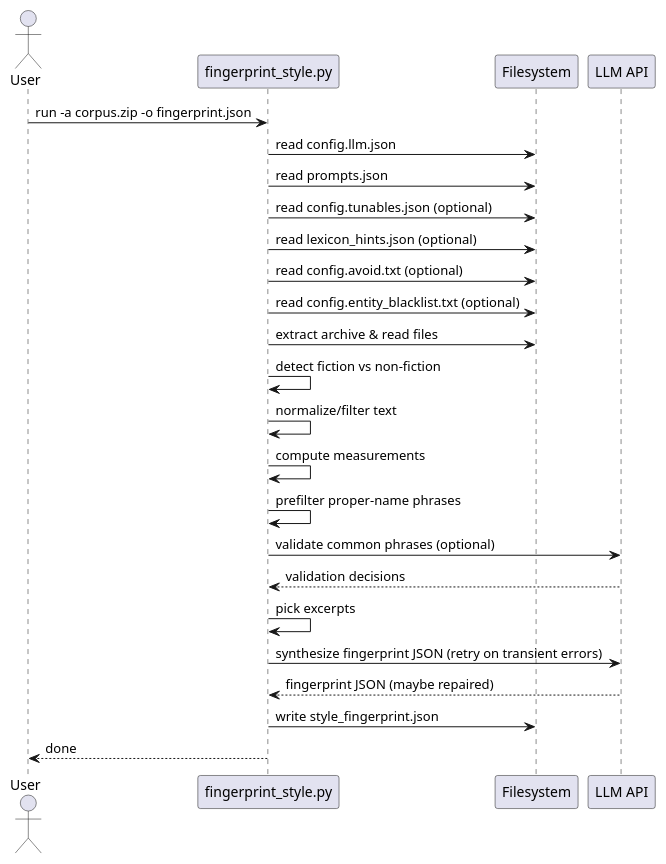
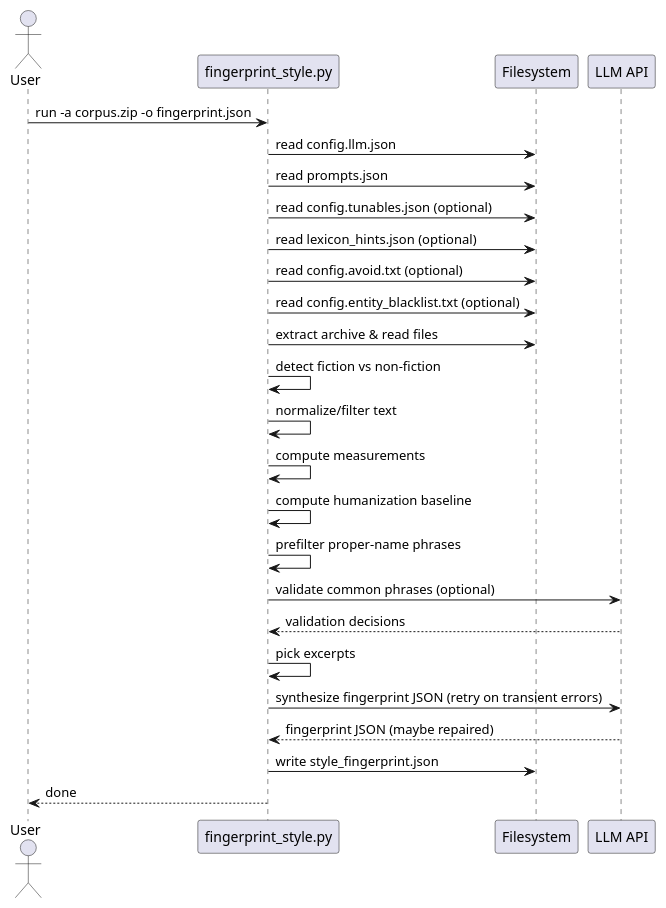
Before and after one commit to ngpepin/stylometric-transfer: the third of 3 diagrams in UML-Fingerprint.md, drawn with PlantUML. The commit also changed other lines of this file and 15 other files, not shown here.

````diff
--- a/UML-Fingerprint.md
+++ b/UML-Fingerprint.md
@@ -136,28 +139,29 @@
 ```plantuml
 @startuml
 actor User
 participant "fingerprint_style.py" as FS
 participant "Filesystem" as FSYS
 participant "LLM API" as LLM
 
 User -> FS : run -a corpus.zip -o fingerprint.json
 FS -> FSYS : read config.llm.json
 FS -> FSYS : read prompts.json
 FS -> FSYS : read config.tunables.json (optional)
 FS -> FSYS : read lexicon_hints.json (optional)
 FS -> FSYS : read config.avoid.txt (optional)
 FS -> FSYS : read config.entity_blacklist.txt (optional)
 FS -> FSYS : extract archive & read files
 FS -> FS : detect fiction vs non-fiction
 FS -> FS : normalize/filter text
 FS -> FS : compute measurements
+FS -> FS : compute humanization baseline
 FS -> FS : prefilter proper-name phrases
 FS -> LLM : validate common phrases (optional)
 LLM --> FS : validation decisions
 FS -> FS : pick excerpts
 FS -> LLM : synthesize fingerprint JSON (retry on transient errors)
 LLM --> FS : fingerprint JSON (maybe repaired)
 FS -> FSYS : write style_fingerprint.json
 FS --> User : done
 @enduml
 ```
````
